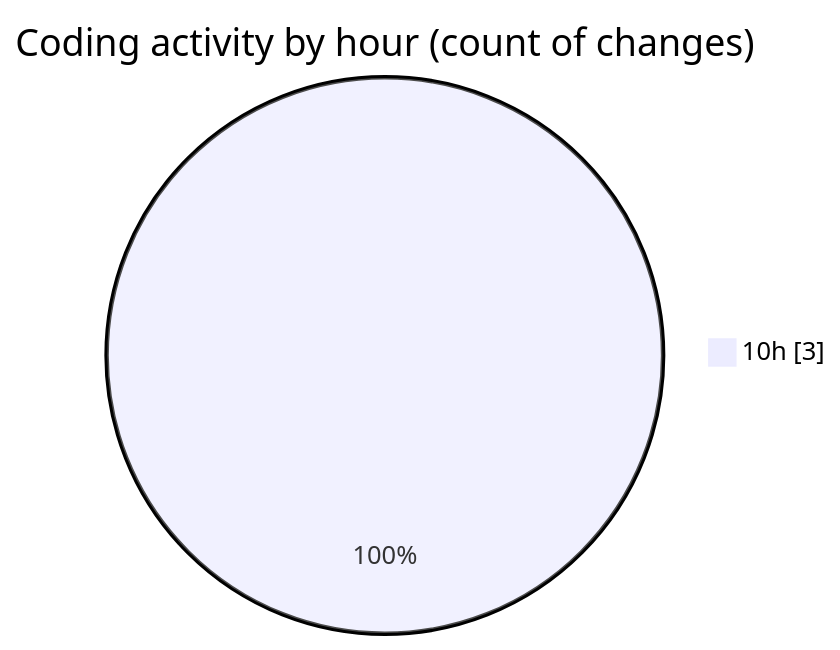
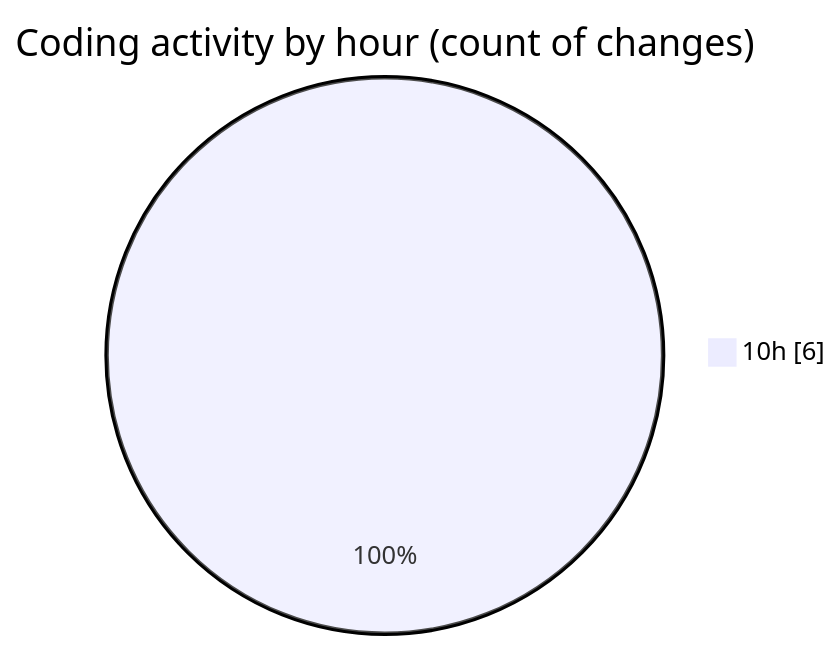
The second of 2 diagrams in 2025-04-24/desktop/README.md (LanceThiago/code-tracking), drawn with Mermaid before and after one commit. The commit also changed other lines of this file and 1 other file, not shown here.

````diff
--- a/2025-04-24/desktop/README.md
+++ b/2025-04-24/desktop/README.md
@@ -28,5 +28,5 @@
 ```mermaid
 pie showData
 title Coding activity by hour (count of changes)
-"10h" : 3
+"10h" : 6
 ```
````
